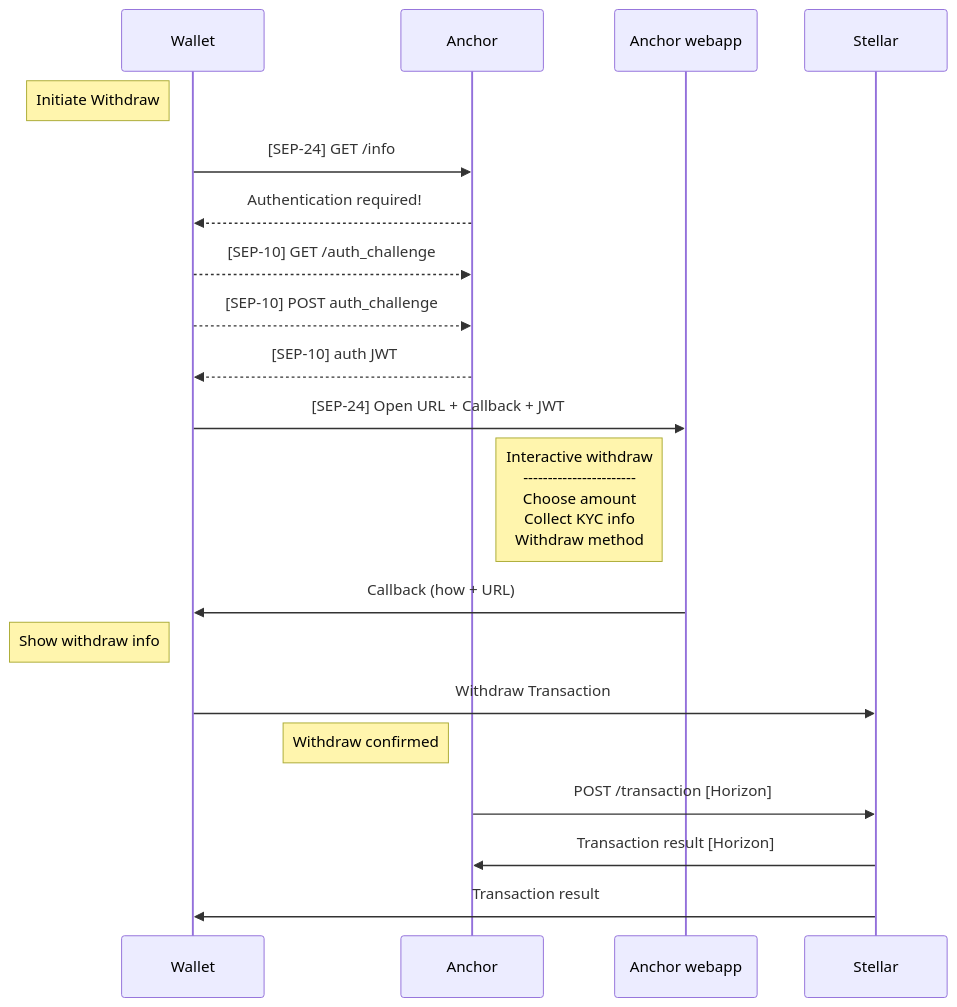
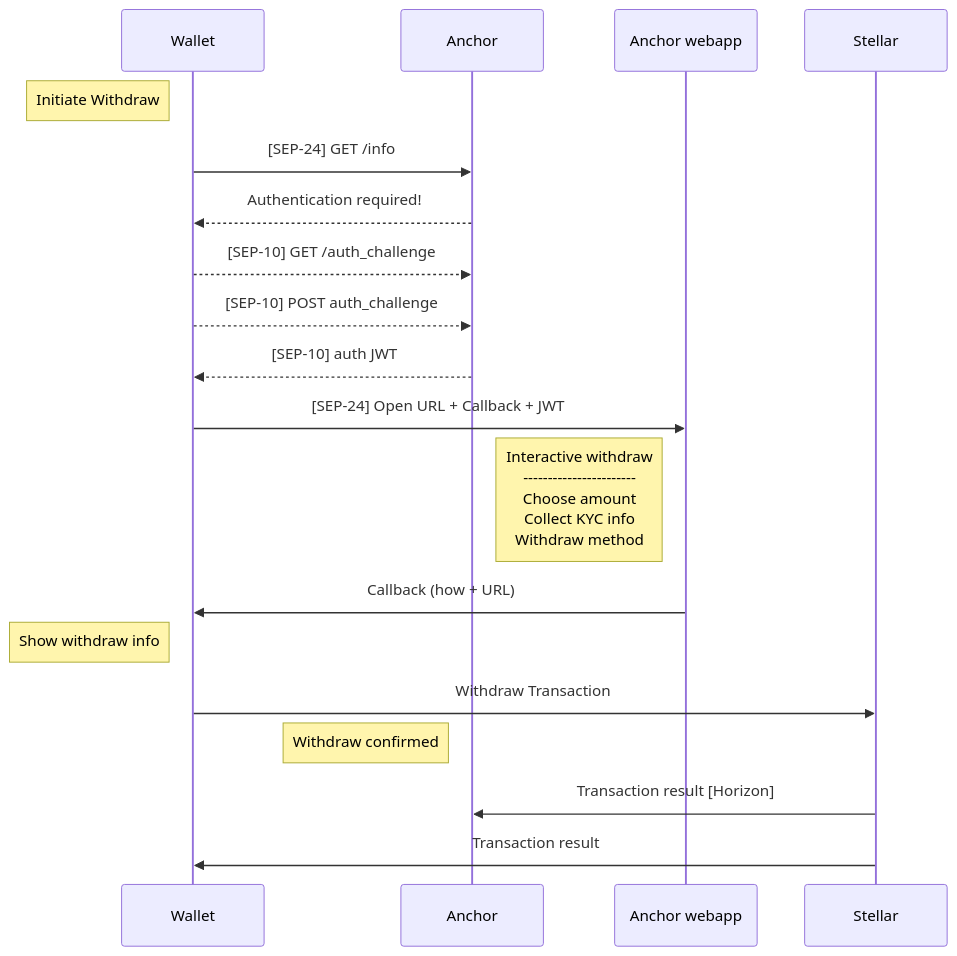
The second of 2 diagrams in content/docs/anchoring-assets/enabling-deposit-and-withdrawal/setting-up-test-server.mdx (stellar/new-docs), drawn with Mermaid before and after one commit.

Commit message:
Update setting-up-test-server.mdx (#560)

````diff
--- a/content/docs/anchoring-assets/enabling-deposit-and-withdrawal/setting-up-test-server.mdx
+++ b/content/docs/anchoring-assets/enabling-deposit-and-withdrawal/setting-up-test-server.mdx
@@ -202,22 +202,21 @@
 ```mermaid
 sequenceDiagram
     participant Wallet
     participant Anchor
     participant Anchor webapp
     participant Stellar
     note left of Wallet: Initiate Withdraw
     Wallet->>Anchor: [SEP-24] GET /info
     Anchor-->>Wallet: Authentication required!
     Wallet-->>Anchor: [SEP-10] GET /auth_challenge
     Wallet-->>Anchor: [SEP-10] POST auth_challenge
     Anchor-->>Wallet: [SEP-10] auth JWT
     Wallet->>Anchor webapp: [SEP-24] Open URL + Callback + JWT
     note right of Anchor: Interactive withdraw<br/> -----------------------<br/> Choose amount <br/> Collect KYC info <br/> Withdraw method
     Anchor webapp->>Wallet: Callback (how + URL)
     note left of Wallet: Show withdraw info
     Wallet->>Stellar: Withdraw Transaction
     note left of Anchor: Withdraw confirmed
-    Anchor->>Stellar: POST /transaction [Horizon]
     Stellar->>Anchor: Transaction result [Horizon]
     Stellar->>Wallet: Transaction result
 ```
````
